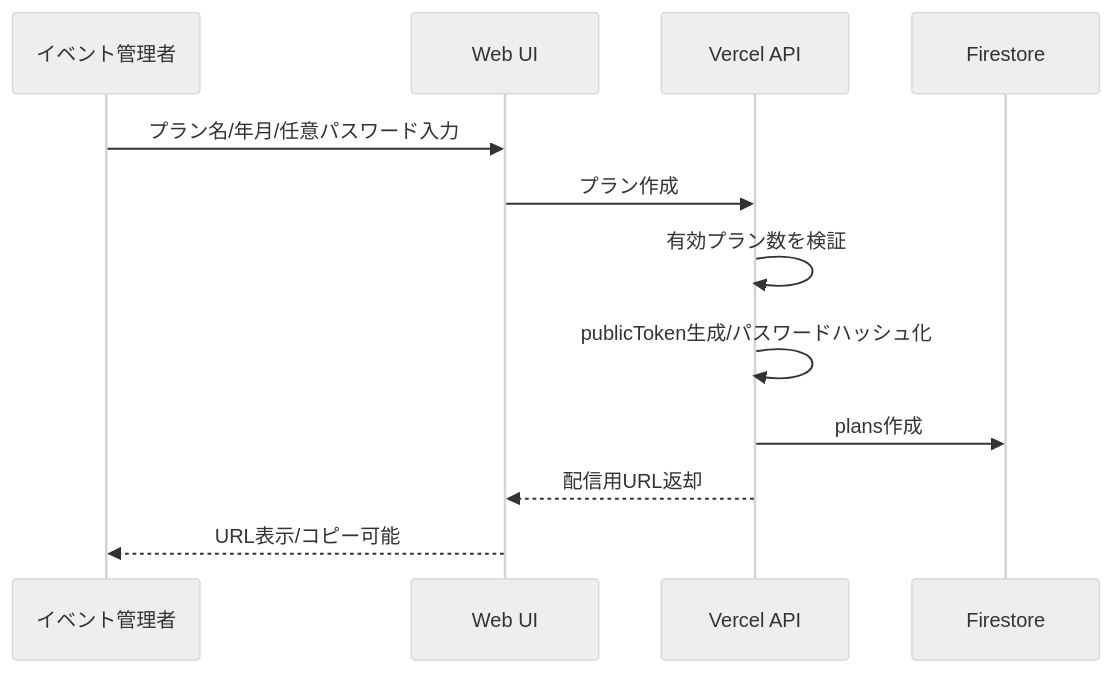
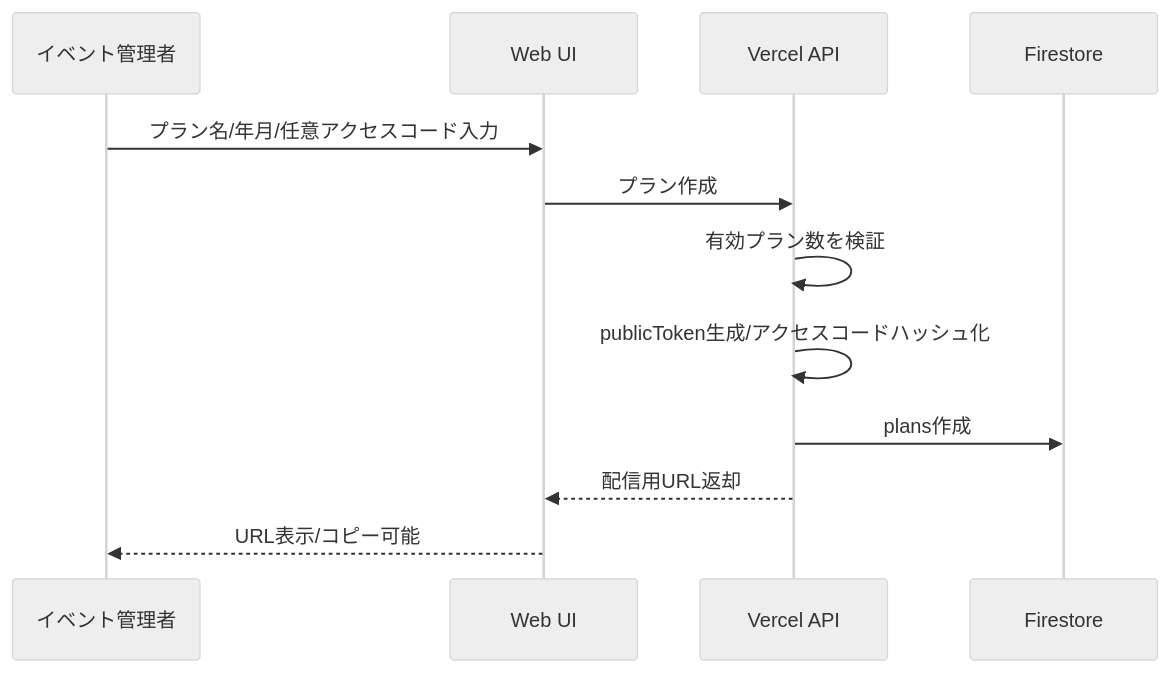
Before and after one commit to Bamboosato/rsvp-manager-app: the third of 5 diagrams in docs/system-design.md, drawn with Mermaid (neutral theme). The commit also changed other lines of this file and 32 other files, not shown here.

Commit message:
Polish MVP UI and access code flows

````diff
--- a/docs/system-design.md
+++ b/docs/system-design.md
@@ -340,14 +342,14 @@
 ```mermaid
 sequenceDiagram
   participant A as イベント管理者
   participant UI as Web UI
   participant API as Vercel API
   participant DB as Firestore
-  A->>UI: プラン名/年月/任意パスワード入力
+  A->>UI: プラン名/年月/任意アクセスコード入力
   UI->>API: プラン作成
   API->>API: 有効プラン数を検証
-  API->>API: publicToken生成/パスワードハッシュ化
+  API->>API: publicToken生成/アクセスコードハッシュ化
   API->>DB: plans作成
   API-->>UI: 配信用URL返却
   UI-->>A: URL表示/コピー可能
 ```
````
